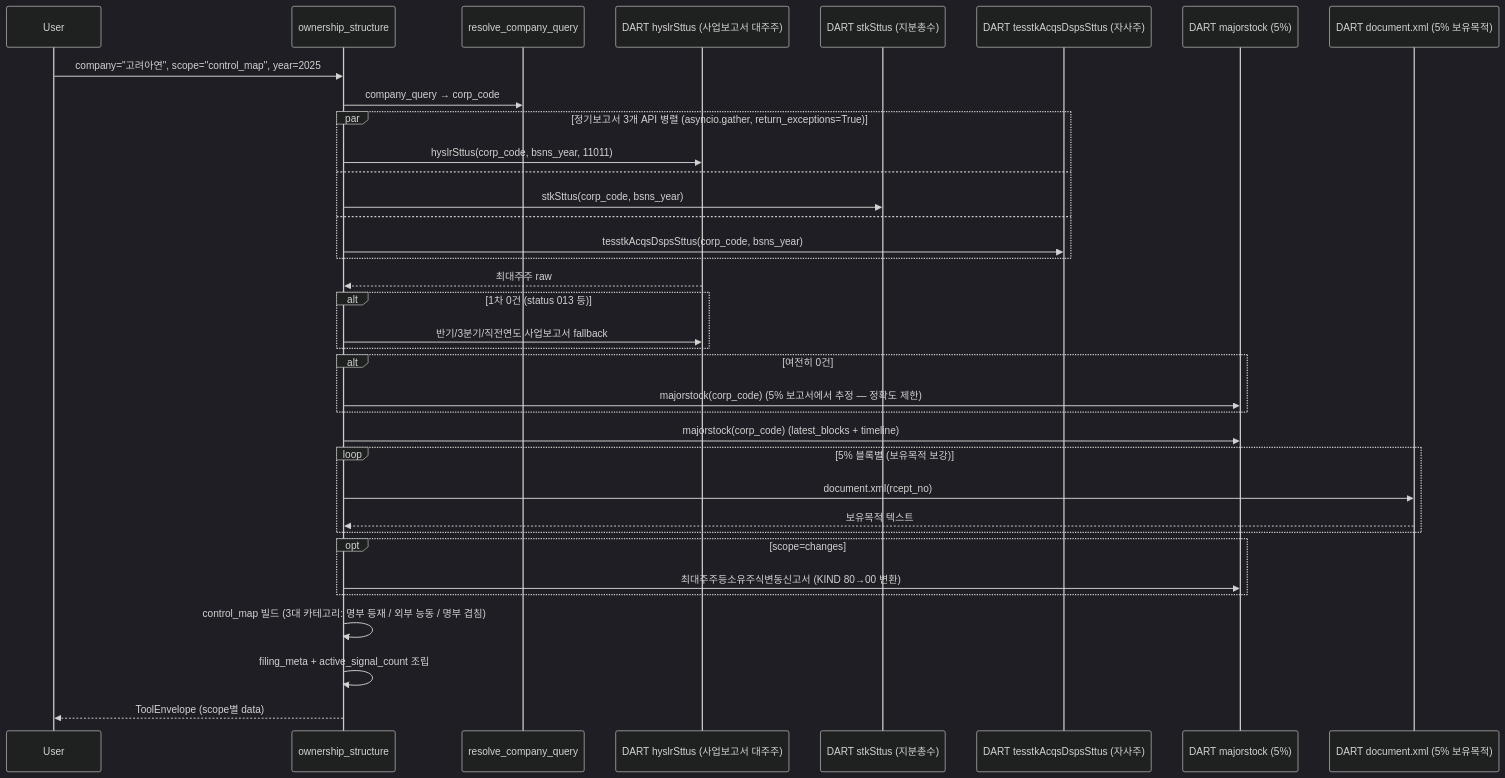
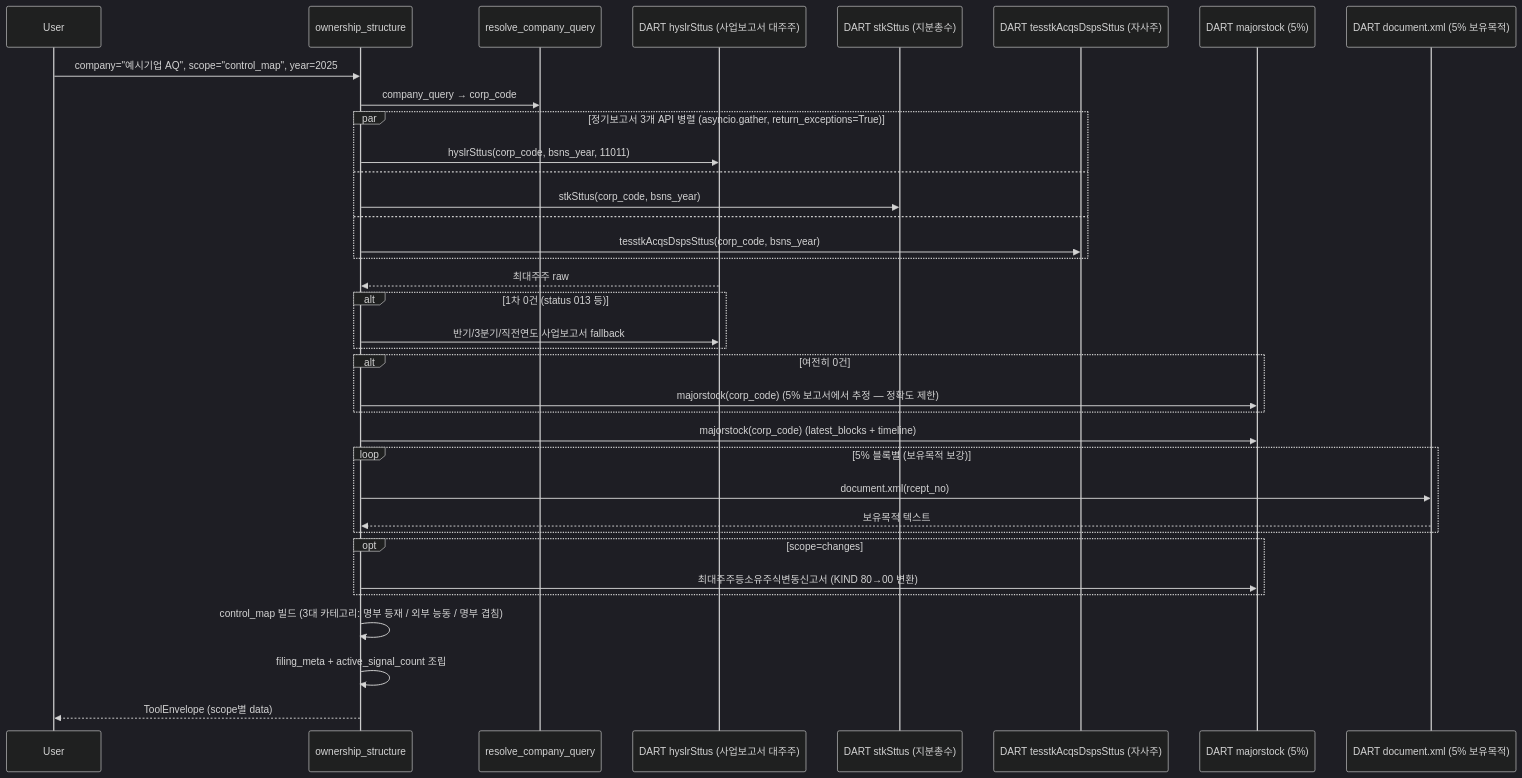
Before and after one commit to MarcoYou/open-proxy-mcp: the diagram in wiki/tools/ownership_structure.md, drawn with Mermaid (dark theme). The commit also changed other lines of this file and 156 other files, not shown here.

````diff
--- a/wiki/tools/ownership_structure.md
+++ b/wiki/tools/ownership_structure.md
@@ -92,38 +94,38 @@
 ```mermaid
 sequenceDiagram
     participant U as User
     participant T as ownership_structure
     participant R as resolve_company_query
     participant DH as DART hyslrSttus (사업보고서 대주주)
     participant DS as DART stkSttus (지분총수)
     participant DT as DART tesstkAcqsDspsSttus (자사주)
     participant DM as DART majorstock (5%)
     participant DD as DART document.xml (5% 보유목적)
-    U->>T: company="고려아연", scope="control_map", year=2025
+    U->>T: company="예시기업 AQ", scope="control_map", year=2025
     T->>R: company_query → corp_code
     par 정기보고서 3개 API 병렬 (asyncio.gather, return_exceptions=True)
         T->>DH: hyslrSttus(corp_code, bsns_year, 11011)
     and
         T->>DS: stkSttus(corp_code, bsns_year)
     and
         T->>DT: tesstkAcqsDspsSttus(corp_code, bsns_year)
     end
     DH-->>T: 최대주주 raw
     alt 1차 0건 (status 013 등)
         T->>DH: 반기/3분기/직전연도 사업보고서 fallback
     end
     alt 여전히 0건
         T->>DM: majorstock(corp_code) (5% 보고서에서 추정 — 정확도 제한)
     end
     T->>DM: majorstock(corp_code) (latest_blocks + timeline)
     loop 5% 블록별 (보유목적 보강)
         T->>DD: document.xml(rcept_no)
         DD-->>T: 보유목적 텍스트
     end
     opt scope=changes
         T->>DM: 최대주주등소유주식변동신고서 (KIND 80→00 변환)
     end
     T->>T: control_map 빌드 (3대 카테고리: 명부 등재 / 외부 능동 / 명부 겹침)
     T->>T: filing_meta + active_signal_count 조립
     T-->>U: ToolEnvelope (scope별 data)
 ```
````
